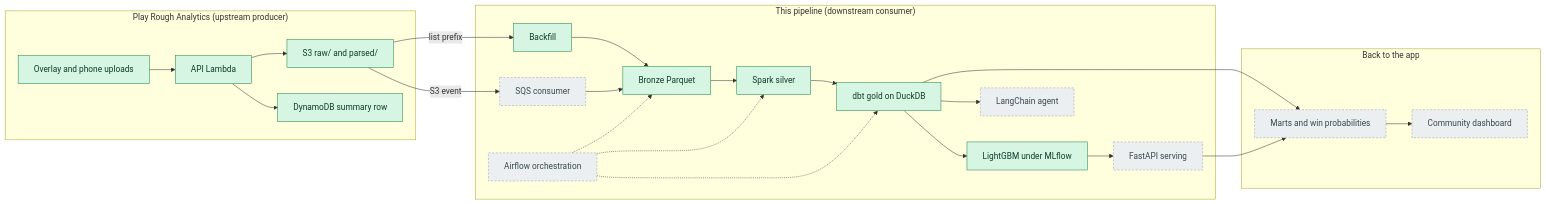
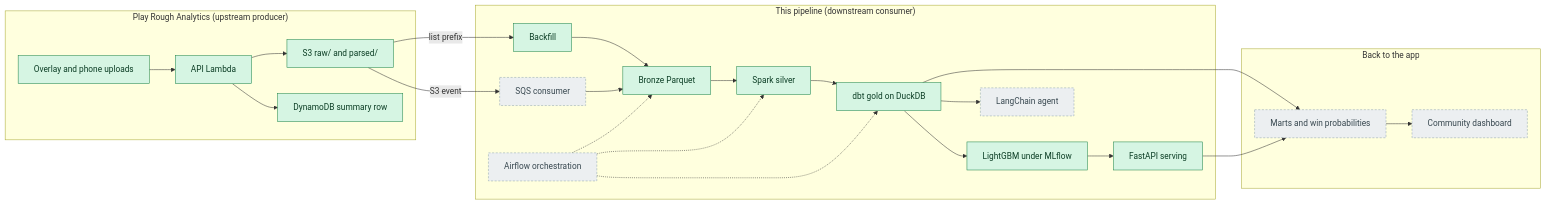
The diagram in README.md (emilioorozco/pokemon-meta-pipeline), drawn with Mermaid before and after one commit. The commit also changed other lines of this file and 9 other files, not shown here.

````diff
--- a/README.md
+++ b/README.md
@@ -17,46 +17,46 @@
 ```mermaid
 flowchart LR
   subgraph APP["Play Rough Analytics (upstream producer)"]
     UP["Overlay and phone uploads"]
     API["API Lambda"]
     S3["S3 raw/ and parsed/"]
     DDB["DynamoDB summary row"]
     UP --> API
     API --> S3
     API --> DDB
   end
   subgraph PIPE["This pipeline (downstream consumer)"]
     BF["Backfill"]
     SQS["SQS consumer"]
     BRZ["Bronze Parquet"]
     SLV["Spark silver"]
     GLD["dbt gold on DuckDB"]
     MDL["LightGBM under MLflow"]
     SRV["FastAPI serving"]
     AGT["LangChain agent"]
     AIR["Airflow orchestration"]
     BF --> BRZ
     SQS --> BRZ
     BRZ --> SLV
     SLV --> GLD
     GLD --> MDL
     MDL --> SRV
     GLD --> AGT
     AIR -.-> BRZ
     AIR -.-> SLV
     AIR -.-> GLD
   end
   subgraph BACK["Back to the app"]
     PUB["Marts and win probabilities"]
     DASH["Community dashboard"]
     PUB --> DASH
   end
   S3 -- "list prefix" --> BF
   S3 -- "S3 event" --> SQS
   GLD --> PUB
   SRV --> PUB
   classDef done fill:#d6f5e3,stroke:#1e8449,color:#0b3d24
   classDef planned fill:#eceff1,stroke:#90a4ae,stroke-dasharray:4 3,color:#37474f
-  class UP,API,S3,DDB,BF,BRZ,SLV,GLD,MDL done
-  class SQS,SRV,AGT,AIR,PUB,DASH planned
+  class UP,API,S3,DDB,BF,BRZ,SLV,GLD,MDL,SRV done
+  class SQS,AGT,AIR,PUB,DASH planned
 ```
````
